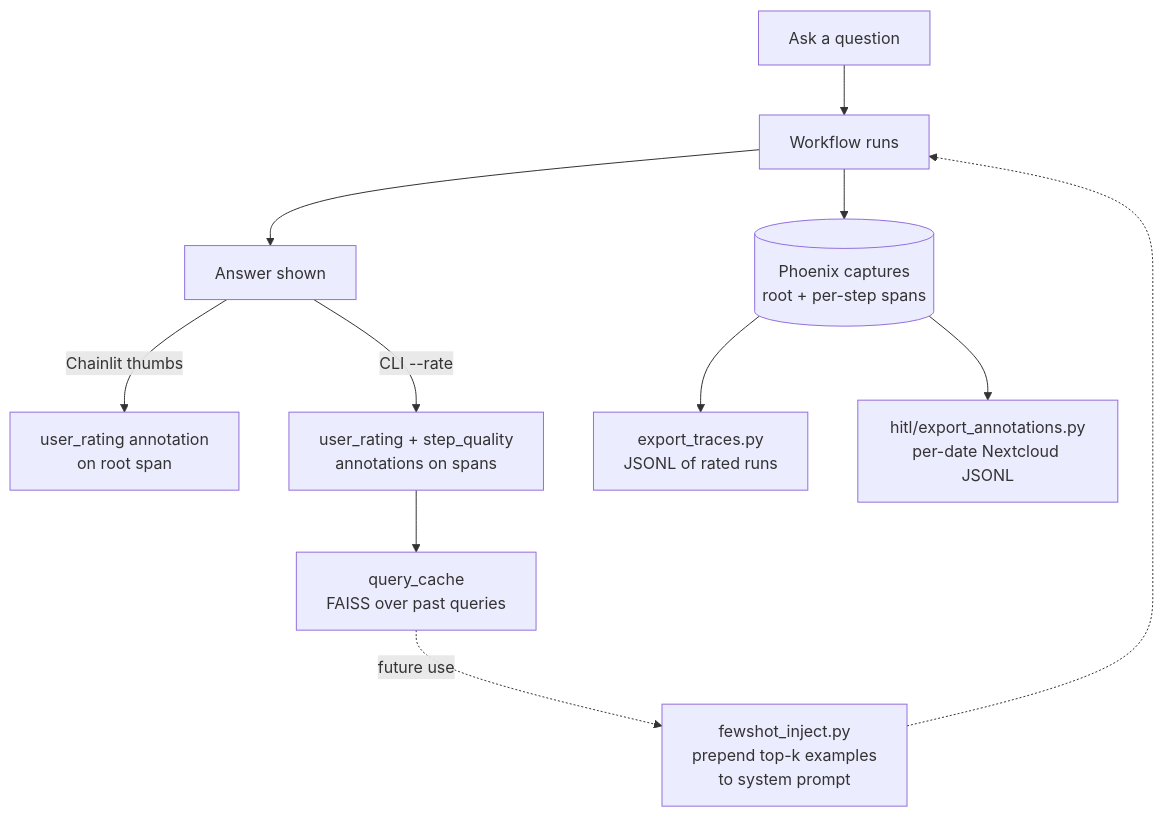
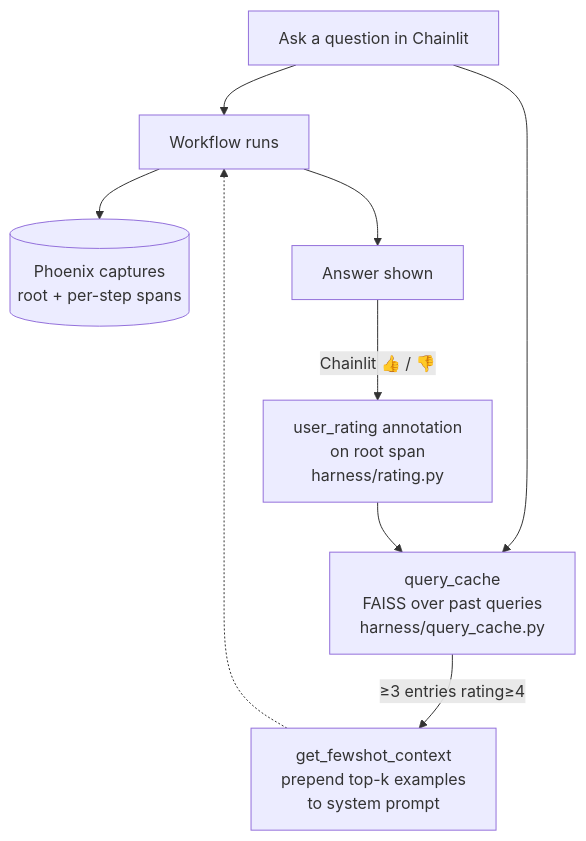
The second of 2 diagrams in docs/ONBOARDING.md (MoritzImendoerffer/ema_nlp), drawn with Mermaid before and after one commit. The commit also changed other lines of this file and 18 other files, not shown here.

````diff
--- a/docs/ONBOARDING.md
+++ b/docs/ONBOARDING.md
@@ -155,17 +128,13 @@
 ```mermaid
 flowchart TD
-    Q[Ask a question] --> WF[Workflow runs]
+    Q[Ask a question in Chainlit] --> WF[Workflow runs]
     WF --> PHX[(Phoenix captures<br/>root + per-step spans)]
     WF --> ANS[Answer shown]
 
-    ANS -->|Chainlit thumbs| FB1[user_rating annotation<br/>on root span]
-    ANS -->|CLI --rate| FB2[user_rating + step_quality<br/>annotations on spans]
+    ANS -->|Chainlit 👍 / 👎| FB[user_rating annotation<br/>on root span<br/>harness/rating.py]
 
-    FB2 --> CACHE[query_cache<br/>FAISS over past queries]
-
-    PHX --> EXP1[export_traces.py<br/>JSONL of rated runs]
-    PHX --> EXP2[hitl/export_annotations.py<br/>per-date Nextcloud JSONL]
-
-    CACHE -.->|future use| INJ[fewshot_inject.py<br/>prepend top-k examples<br/>to system prompt]
+    Q --> CACHE[query_cache<br/>FAISS over past queries<br/>harness/query_cache.py]
+    FB --> CACHE
+    CACHE -->|≥3 entries rating≥4| INJ[get_fewshot_context<br/>prepend top-k examples<br/>to system prompt]
     INJ -.-> WF
 ```
````
